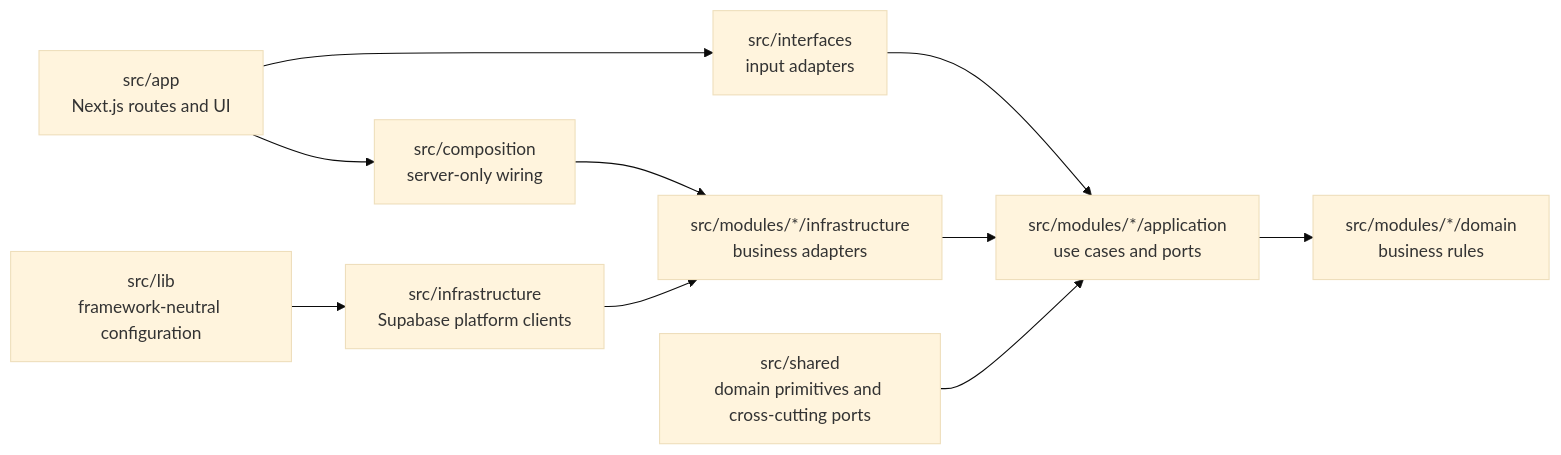
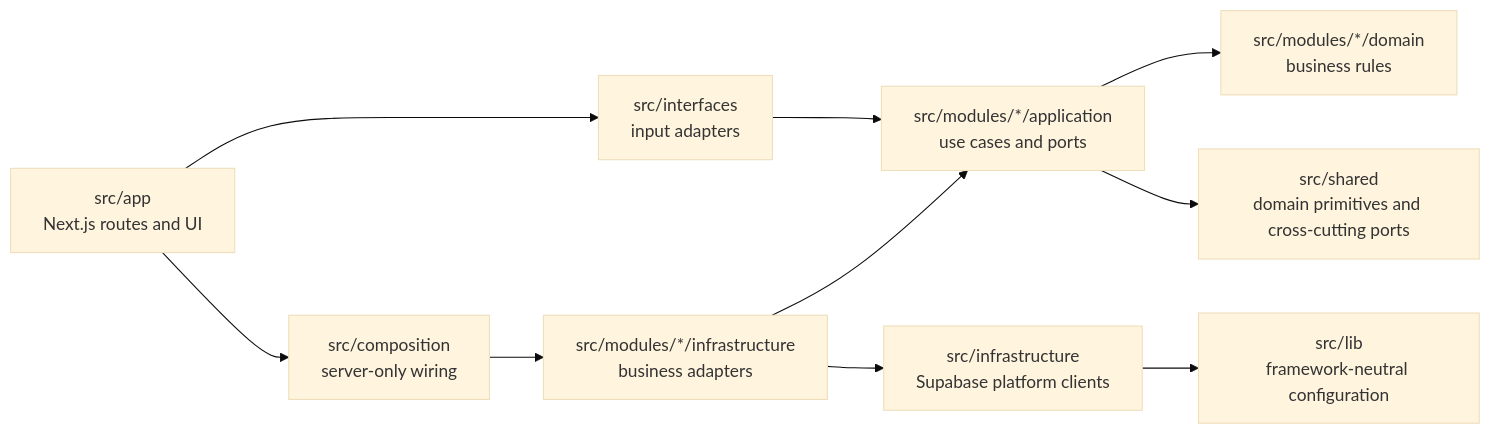
The diagram in docs/architecture.md (josemestre3009/DecorAr), drawn with Mermaid (base theme) before and after one commit.

Commit message:
docs: correct architecture dependency directions

````diff
--- a/docs/architecture.md
+++ b/docs/architecture.md
@@ -5,12 +5,12 @@
 ```mermaid
 flowchart LR
     app["src/app<br/>Next.js routes and UI"] --> interfaces["src/interfaces<br/>input adapters"]
     app --> composition["src/composition<br/>server-only wiring"]
     interfaces --> application["src/modules/*/application<br/>use cases and ports"]
     application --> domain["src/modules/*/domain<br/>business rules"]
     infrastructure["src/modules/*/infrastructure<br/>business adapters"] --> application
-    sharedInfrastructure["src/infrastructure<br/>Supabase platform clients"] --> infrastructure
+    infrastructure --> sharedInfrastructure["src/infrastructure<br/>Supabase platform clients"]
     composition --> infrastructure
-    shared["src/shared<br/>domain primitives and cross-cutting ports"] --> application
-    config["src/lib<br/>framework-neutral configuration"] --> sharedInfrastructure
+    application --> shared["src/shared<br/>domain primitives and cross-cutting ports"]
+    sharedInfrastructure --> config["src/lib<br/>framework-neutral configuration"]
 ```
````
